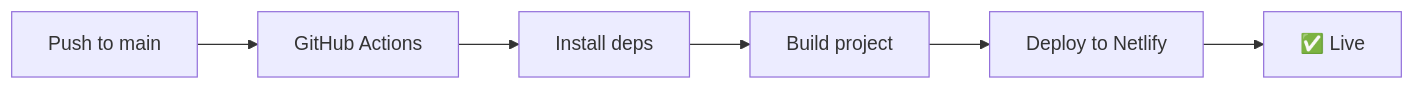
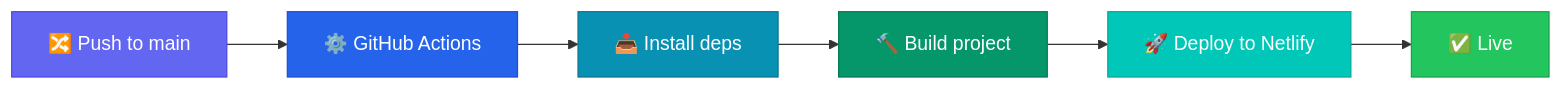
Before and after one commit to Rodrigues011xbx/Portifolio-grc-tech-ofc: the diagram in README.md, drawn with Mermaid. The commit also changed other lines of this file and 1 other file, not shown here.

````diff
--- a/README.md
+++ b/README.md
@@ -134,8 +177,15 @@
 ```mermaid
 graph LR
-    A[Push to main] --> B[GitHub Actions]
-    B --> C[Install deps]
-    C --> D[Build project]
-    D --> E[Deploy to Netlify]
-    E --> F[✅ Live]
+    A["🔀 Push to main"] --> B["⚙️ GitHub Actions"]
+    B --> C["📥 Install deps"]
+    C --> D["🔨 Build project"]
+    D --> E["🚀 Deploy to Netlify"]
+    E --> F["✅ Live"]
+
+    style A fill:#6366f1,stroke:#4f46e5,color:#fff
+    style B fill:#2563eb,stroke:#1d4ed8,color:#fff
+    style C fill:#0891b2,stroke:#0e7490,color:#fff
+    style D fill:#059669,stroke:#047857,color:#fff
+    style E fill:#00C7B7,stroke:#00a89d,color:#fff
+    style F fill:#22c55e,stroke:#16a34a,color:#fff
 ```
````
